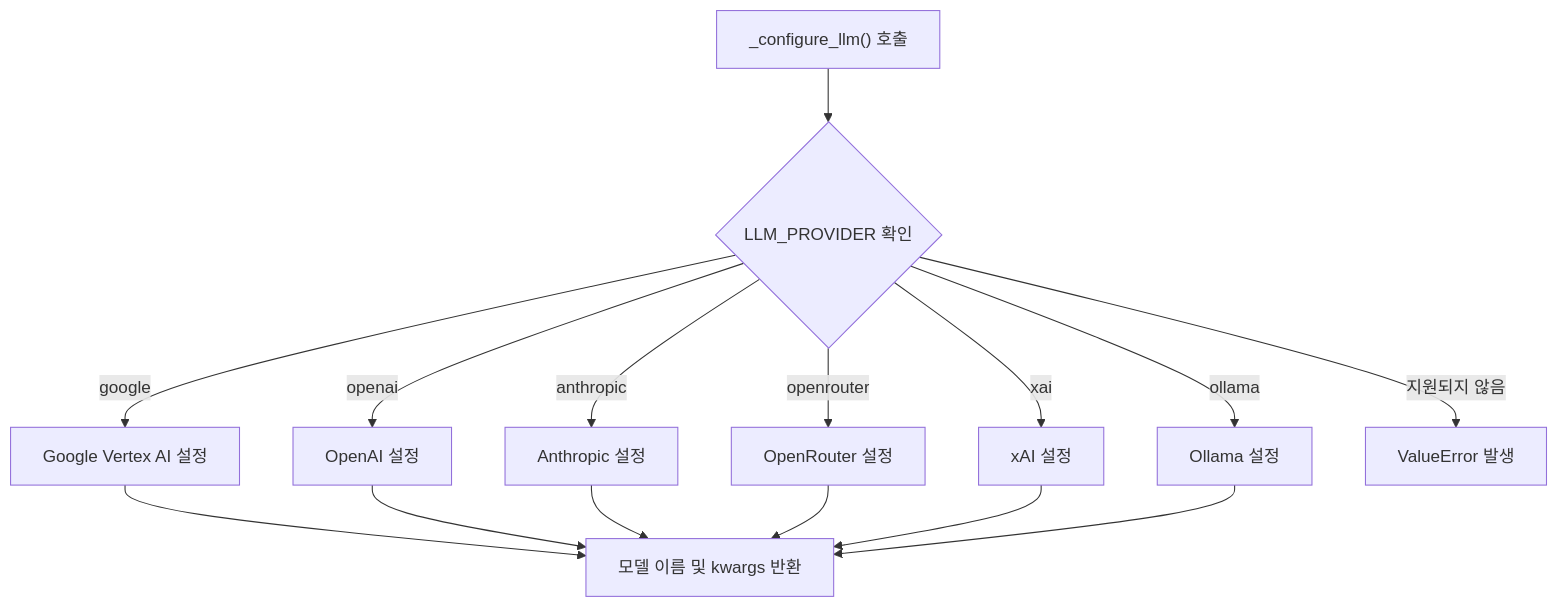
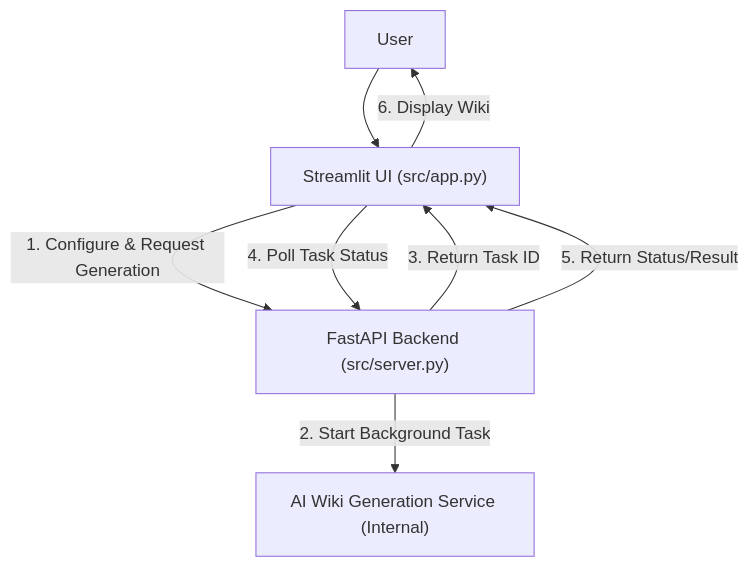
Diagram 14 of 19 in examples/wiki_as_README.md (catuscio/wiki-as-readme), drawn with Mermaid before and after one commit. The commit also changed other lines of this file, not shown here.

Commit message:
docs: ✨Update examples/wiki_as_README.md via Wiki-As-Readme Action

````diff
--- a/examples/wiki_as_README.md
+++ b/examples/wiki_as_README.md
@@ -1464,17 +1529,10 @@
 ```mermaid
 graph TD
-    A["_configure_llm() 호출"] --> B{"LLM_PROVIDER 확인"};
-    B -- "google" --> C["Google Vertex AI 설정"];
-    B -- "openai" --> D["OpenAI 설정"];
-    B -- "anthropic" --> E["Anthropic 설정"];
-    B -- "openrouter" --> F["OpenRouter 설정"];
-    B -- "xai" --> G["xAI 설정"];
-    B -- "ollama" --> H["Ollama 설정"];
-    C --> I["모델 이름 및 kwargs 반환"];
-    D --> I;
-    E --> I;
-    F --> I;
-    G --> I;
-    H --> I;
-    B -- "지원되지 않음" --> J["ValueError 발생"];
+    A["User"] --> B["Streamlit UI (src/app.py)"]
+    B -- "1. Configure & Request Generation" --> C["FastAPI Backend (src/server.py)"]
+    C -- "2. Start Background Task" --> D["AI Wiki Generation Service (Internal)"]
+    C -- "3. Return Task ID" --> B
+    B -- "4. Poll Task Status" --> C
+    C -- "5. Return Status/Result" --> B
+    B -- "6. Display Wiki" --> A
 ```
````
